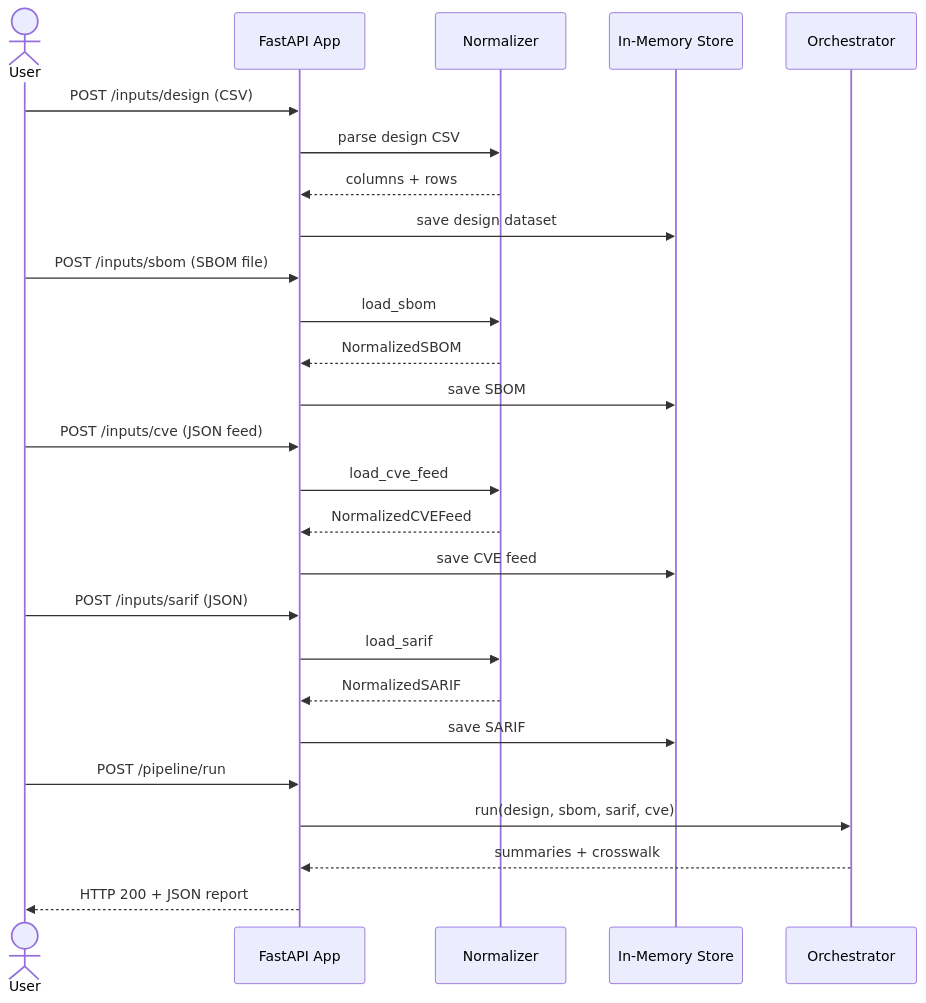
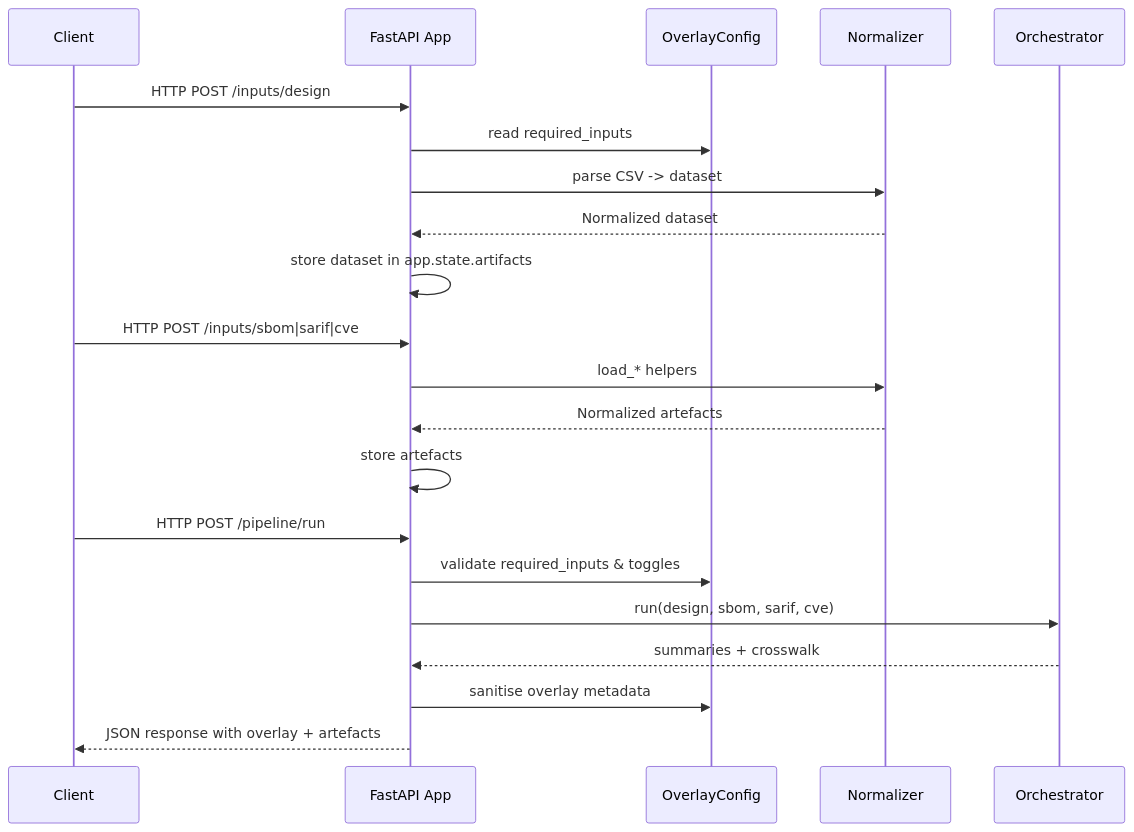
Before and after one commit to DevOpsMadDog/Fixops: the first of 2 diagrams in docs/ARCHITECTURE.md, drawn with Mermaid. The commit also changed other lines of this file and 44 other files, not shown here.

Commit message:
Document architecture and add overlay-driven configuration

````diff
--- a/docs/ARCHITECTURE.md
+++ b/docs/ARCHITECTURE.md
@@ -22,33 +56,26 @@
 ```mermaid
 sequenceDiagram
-    actor User
+    participant Client
     participant API as FastAPI App
+    participant Overlay as OverlayConfig
     participant Normalizer
-    participant Store as In-Memory Store
     participant Orchestrator
 
-    User->>API: POST /inputs/design (CSV)
-    API->>Normalizer: parse design CSV
-    Normalizer-->>API: columns + rows
-    API->>Store: save design dataset
+    Client->>API: HTTP POST /inputs/design
+    API->>Overlay: read required_inputs
+    API->>Normalizer: parse CSV -> dataset
+    Normalizer-->>API: Normalized dataset
+    API->>API: store dataset in app.state.artifacts
 
-    User->>API: POST /inputs/sbom (SBOM file)
-    API->>Normalizer: load_sbom
-    Normalizer-->>API: NormalizedSBOM
-    API->>Store: save SBOM
+    Client->>API: HTTP POST /inputs/sbom|sarif|cve
+    API->>Normalizer: load_* helpers
+    Normalizer-->>API: Normalized artefacts
+    API->>API: store artefacts
 
-    User->>API: POST /inputs/cve (JSON feed)
-    API->>Normalizer: load_cve_feed
-    Normalizer-->>API: NormalizedCVEFeed
-    API->>Store: save CVE feed
-
-    User->>API: POST /inputs/sarif (JSON)
-    API->>Normalizer: load_sarif
-    Normalizer-->>API: NormalizedSARIF
-    API->>Store: save SARIF
-
-    User->>API: POST /pipeline/run
+    Client->>API: HTTP POST /pipeline/run
+    API->>Overlay: validate required_inputs & toggles
     API->>Orchestrator: run(design, sbom, sarif, cve)
     Orchestrator-->>API: summaries + crosswalk
-    API-->>User: HTTP 200 + JSON report
+    API->>Overlay: sanitise overlay metadata
+    API-->>Client: JSON response with overlay + artefacts
 ```
````
